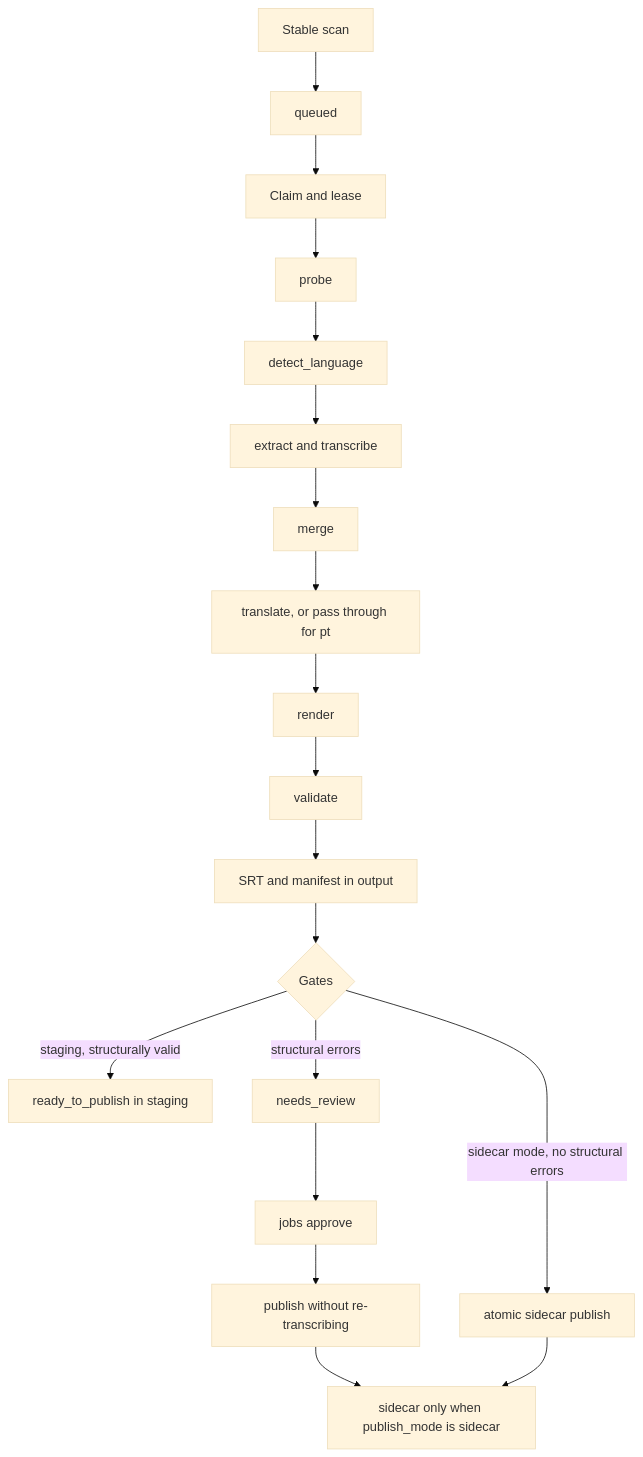
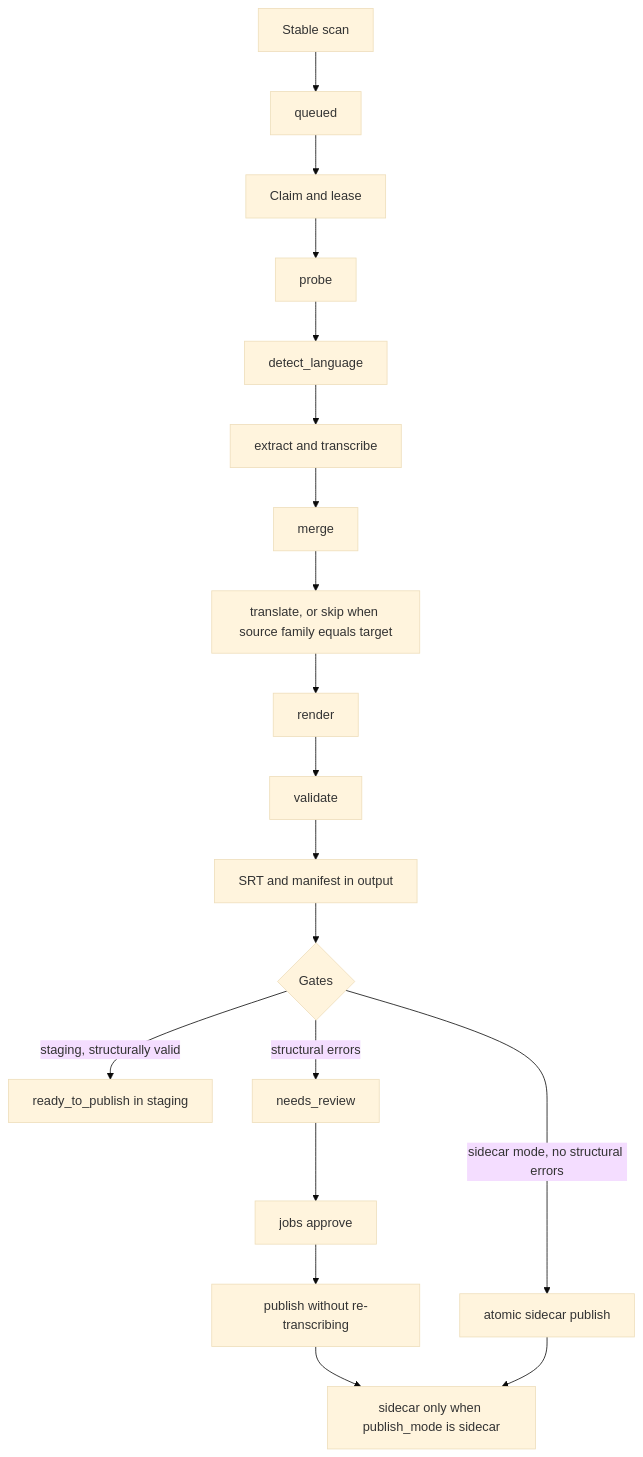
One commit to M-Guimaraes/subtitles changed the diagram in docs/architecture.md. Above: the diagram before and after it, drawn with Mermaid (base theme). The commit also changed other lines of this file and 16 other files, not shown here.

````diff
--- a/docs/architecture.md
+++ b/docs/architecture.md
@@ -12,21 +12,21 @@
 ```mermaid
 flowchart TD
   scan[Stable scan] --> queued[queued]
   queued --> claim[Claim and lease]
   claim --> probe[probe]
   probe --> detect[detect_language]
   detect --> chunks[extract and transcribe]
   chunks --> merge[merge]
-  merge --> translate[translate, or pass through for pt]
+  merge --> translate[translate, or skip when source family equals target]
   translate --> render[render]
   render --> validate[validate]
   validate --> staging[SRT and manifest in output]
   staging --> review{Gates}
   review -->|staging, structurally valid| ready[ready_to_publish in staging]
   review -->|structural errors| needs[needs_review]
   review -->|sidecar mode, no structural errors| autosidecar[atomic sidecar publish]
   needs --> approve[jobs approve]
   approve --> publish[publish without re-transcribing]
   publish --> sidecar[sidecar only when publish_mode is sidecar]
   autosidecar --> sidecar
 ```
````
